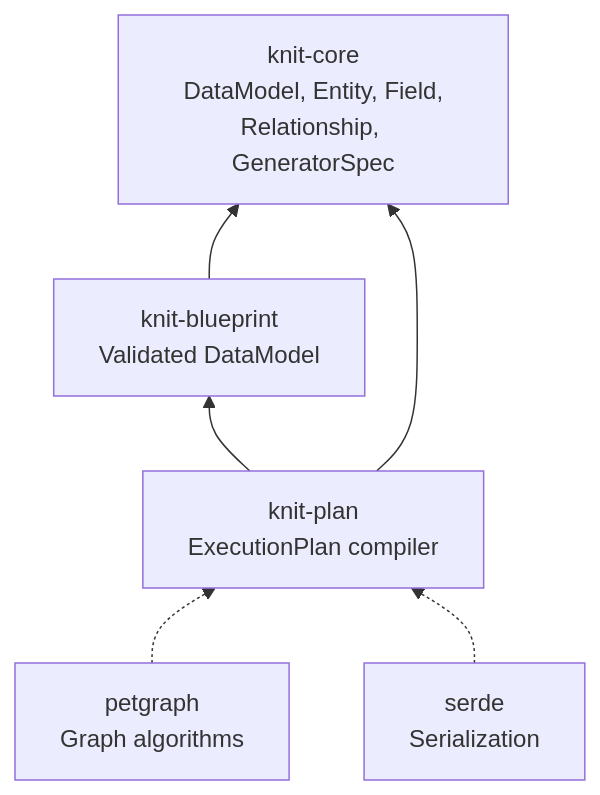
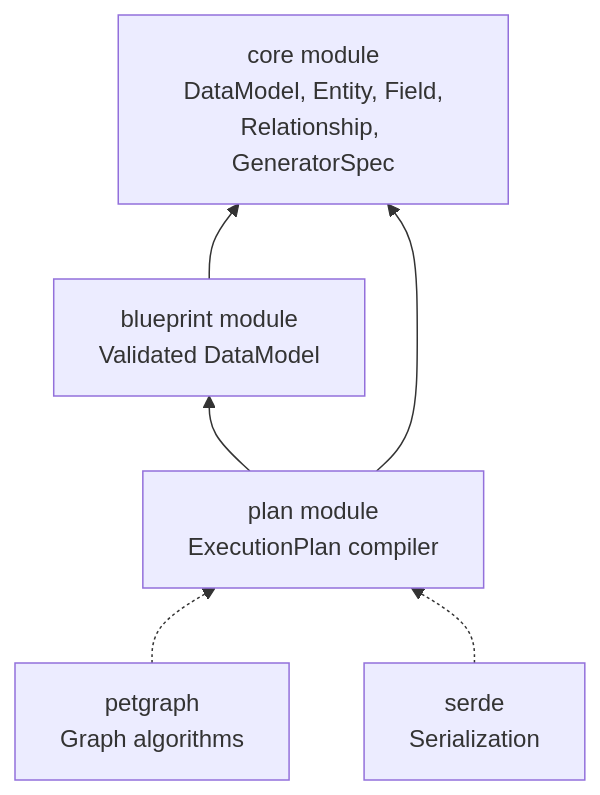
One commit to Yaming-Hub/knit changed the second of 10 diagrams in docs/design-plan.md. Above: the diagram before and after it, drawn with Mermaid. The commit also changed other lines of this file and 10 other files, not shown here.

````diff
--- a/docs/design-plan.md
+++ b/docs/design-plan.md
@@ -87,9 +87,9 @@
 ```mermaid
 flowchart BT
-    core[knit-core\nDataModel, Entity, Field,\nRelationship, GeneratorSpec]
-    blueprint[knit-blueprint\nValidated DataModel] --> core
-    plan[knit-plan\nExecutionPlan compiler] --> core
+    core[core module\nDataModel, Entity, Field,\nRelationship, GeneratorSpec]
+    blueprint[blueprint module\nValidated DataModel] --> core
+    plan[plan module\nExecutionPlan compiler] --> core
     plan --> blueprint
     petgraph[petgraph\nGraph algorithms] -.-> plan
     serde[serde\nSerialization] -.-> plan
 ```
````
